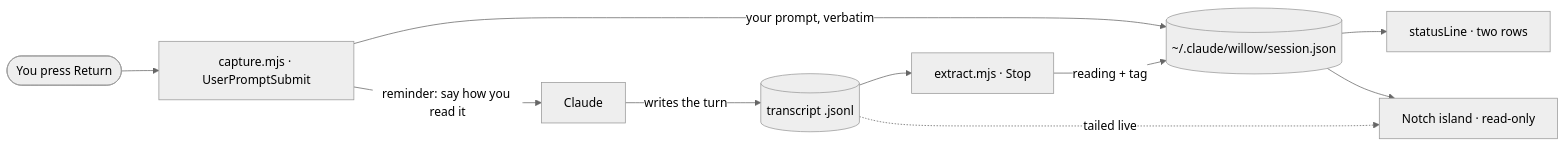
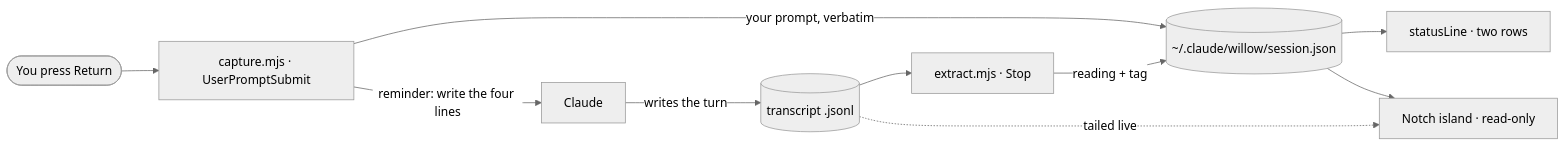
One commit to vulca-org/wishing-willow changed the diagram in README.md. Above: the diagram before and after it, drawn with Mermaid (neutral theme). The commit also changed other lines of this file and 29 other files, not shown here.

First line of the commit message:
README 完整版：内嵌发布片、四行与「我补上的」、27 轮标注、按精简弹出重录全部素材、图卡与帖子链接（中英）

````diff
--- a/README.md
+++ b/README.md
@@ -175,12 +260,12 @@
 ```mermaid
 flowchart LR
   you(["You press Return"]) --> capture["capture.mjs · UserPromptSubmit"]
   capture -- "your prompt, verbatim" --> state[("~/.claude/willow/session.json")]
-  capture -- "reminder: say how you read it" --> claude["Claude"]
+  capture -- "reminder: write the four lines" --> claude["Claude"]
   claude -- "writes the turn" --> transcript[("transcript .jsonl")]
   transcript --> extract["extract.mjs · Stop"]
   extract -- "reading + tag" --> state
   state --> statusline["statusLine · two rows"]
   state --> island["Notch island · read-only"]
   transcript -. "tailed live" .-> island
 ```
````
